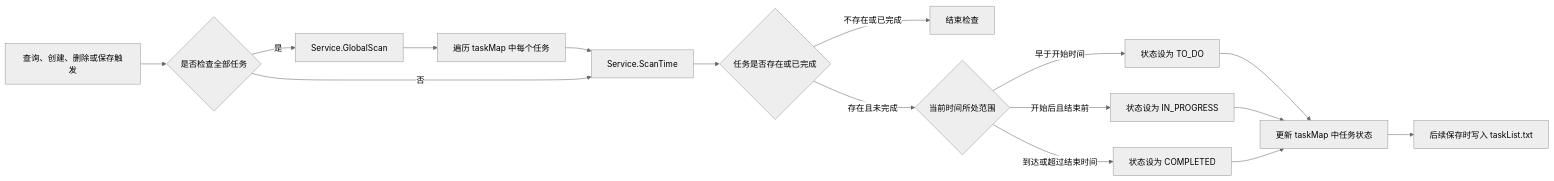
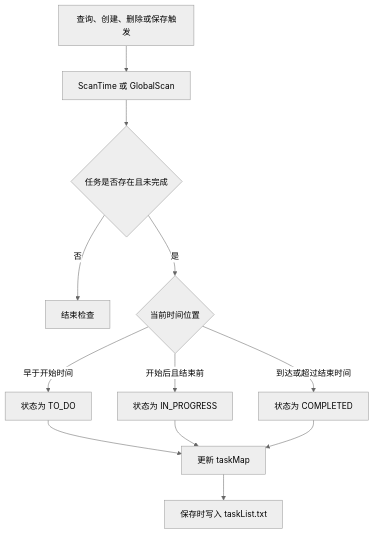
Before and after one commit to Z-ZM-creator/Task-Manage-System3.0: the sixth of 14 diagrams in README.md, drawn with Mermaid (neutral theme). The commit also changed other lines of this file, not shown here.

````diff
--- a/README.md
+++ b/README.md
@@ -325,18 +245,14 @@
 ```mermaid
-flowchart LR
-    Trigger[查询、创建、删除或保存触发] --> Global{是否检查全部任务}
-    Global -->|是| GlobalScan[Service.GlobalScan]
-    GlobalScan --> Loop[遍历 taskMap 中每个任务]
-    Loop --> Scan[Service.ScanTime]
-    Global -->|否| Scan
-    Scan --> Exists{任务是否存在或已完成}
-    Exists -->|不存在或已完成| End[结束检查]
-    Exists -->|存在且未完成| Compare{当前时间所处范围}
-    Compare -->|早于开始时间| Todo[状态设为 TO_DO]
-    Compare -->|开始后且结束前| Progress[状态设为 IN_PROGRESS]
-    Compare -->|到达或超过结束时间| Complete[状态设为 COMPLETED]
-    Todo --> Updated[更新 taskMap 中任务状态]
-    Progress --> Updated
-    Complete --> Updated
-    Updated --> SaveLater[后续保存时写入 taskList.txt]
+flowchart TD
+    Trigger[查询、创建、删除或保存触发] --> Scan[ScanTime 或 GlobalScan]
+    Scan --> Exists{任务是否存在且未完成}
+    Exists -->|否| End[结束检查]
+    Exists -->|是| Compare{当前时间位置}
+    Compare -->|早于开始时间| Todo[状态为 TO_DO]
+    Compare -->|开始后且结束前| Progress[状态为 IN_PROGRESS]
+    Compare -->|到达或超过结束时间| Complete[状态为 COMPLETED]
+    Todo --> Update[更新 taskMap]
+    Progress --> Update
+    Complete --> Update
+    Update --> SaveLater[保存时写入 taskList.txt]
 ```
````
